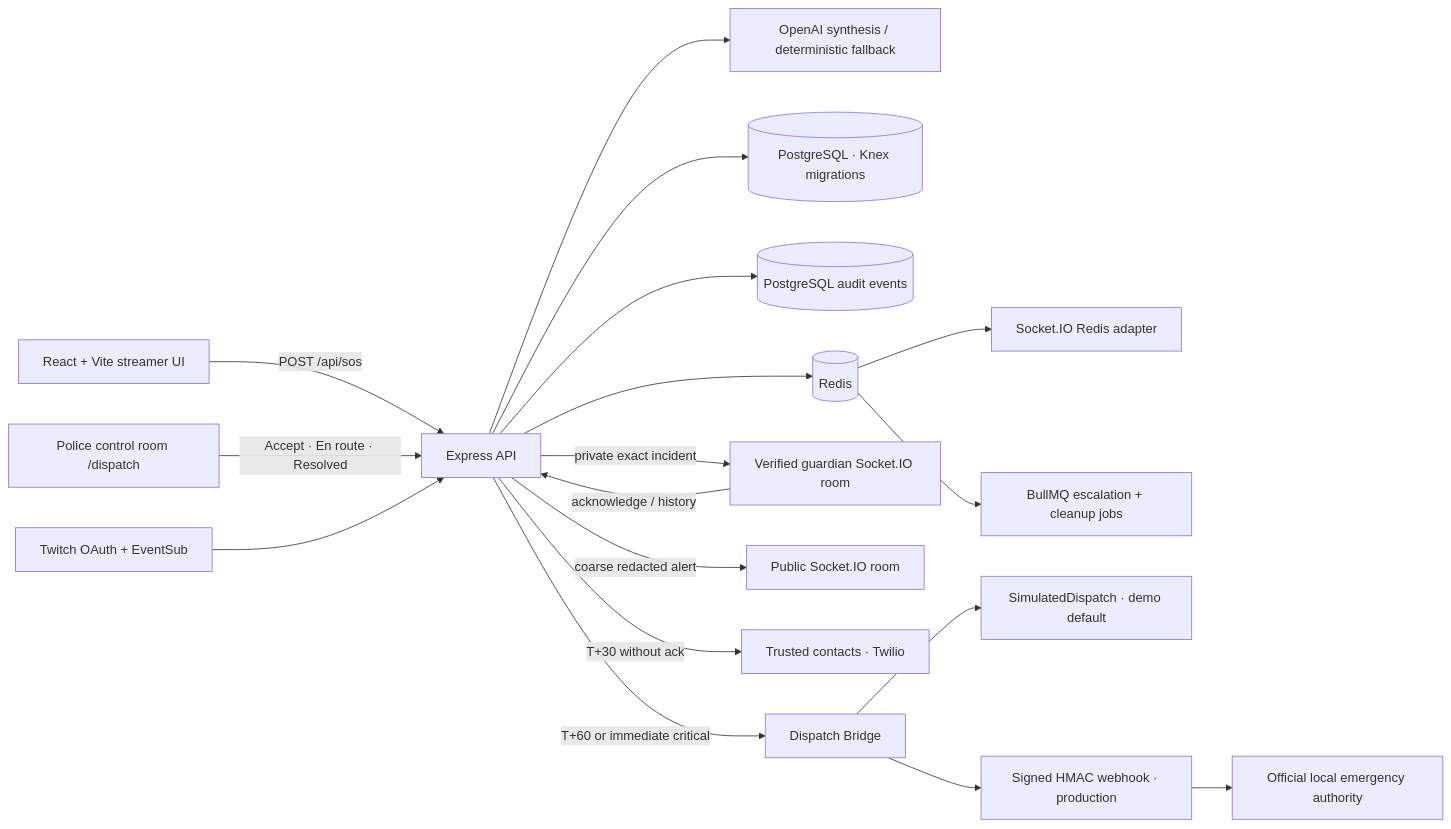
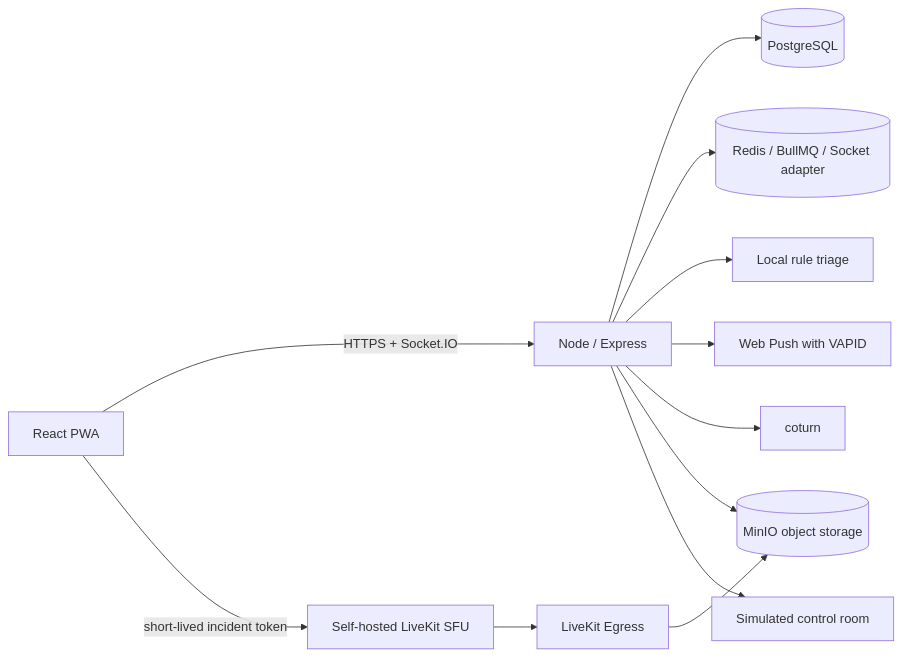
Before and after one commit to THISHA-SAMPATH/FULE-Futuristic-Use-of-Live-Entertainment: the diagram in README.md, drawn with Mermaid. The commit also changed other lines of this file and 76 other files, not shown here.

Commit message:
refactor: remove third-party integrations, self-hosted video, own auth, rule-based triage, Postgres/Redis/MinIO stack

````diff
--- a/README.md
+++ b/README.md
@@ -20,20 +7,14 @@
 ```mermaid
 flowchart LR
-  Streamer[React + Vite streamer UI] -->|POST /api/sos| API[Express API]
-  API --> Synth[OpenAI synthesis / deterministic fallback]
-  API --> DB[(PostgreSQL · Knex migrations)]
-  API --> Audit[(PostgreSQL audit events)]
-  API --> Redis[(Redis)]
-  Redis --> Fanout[Socket.IO Redis adapter]
-  Redis --> Jobs[BullMQ escalation + cleanup jobs]
-  API -->|private exact incident| Guardians[Verified guardian Socket.IO room]
-  API -->|coarse redacted alert| Public[Public Socket.IO room]
-  API -->|T+30 without ack| Twilio[Trusted contacts · Twilio]
-  API -->|T+60 or immediate critical| Bridge[Dispatch Bridge]
-  Bridge --> Sim[SimulatedDispatch · demo default]
-  Bridge --> Webhook[Signed HMAC webhook · production]
-  Webhook --> Authority[Official local emergency authority]
-  Dispatch[Police control room /dispatch] -->|Accept · En route · Resolved| API
-  Twitch[Twitch OAuth + EventSub] --> API
-  Guardians -->|acknowledge / history| API
+  PWA[React PWA] -->|HTTPS + Socket.IO| API[Node / Express]
+  PWA -->|short-lived incident token| SFU[Self-hosted LiveKit SFU]
+  API --> PG[(PostgreSQL)]
+  API --> R[(Redis / BullMQ / Socket adapter)]
+  API --> Triage[Local rule triage]
+  API --> Push[Web Push with VAPID]
+  API --> TURN[coturn]
+  SFU --> Egress[LiveKit Egress]
+  Egress --> M[(MinIO object storage)]
+  API --> M
+  API --> Dispatch[Simulated control room]
 ```
````
